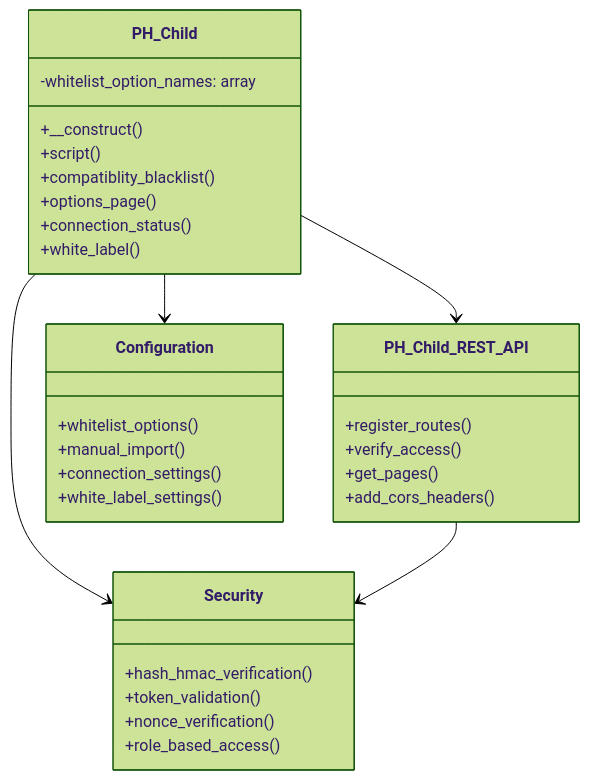
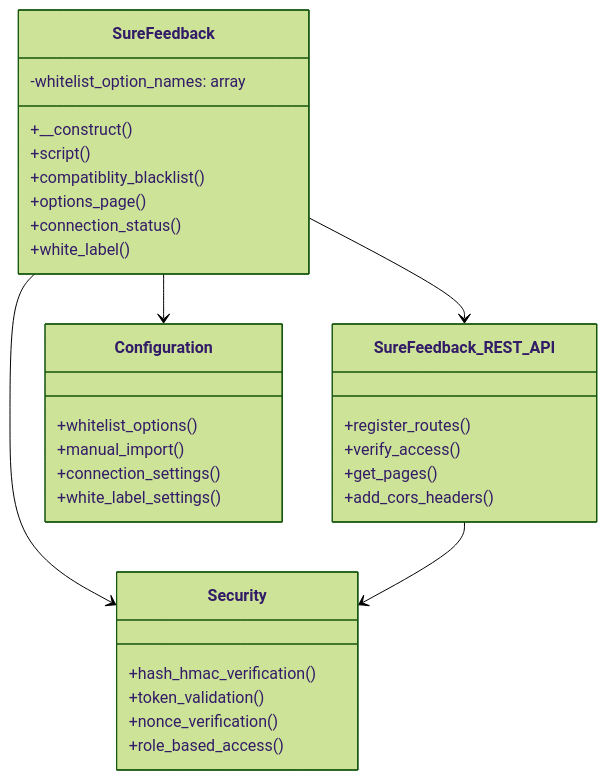
Before and after one commit to anuragbsf/surefeedback-plugin-public: the second of 13 diagrams in GithubCopilot.md, drawn with Mermaid (forest theme). The commit also changed other lines of this file and 39 other files, not shown here.

````diff
--- a/GithubCopilot.md
+++ b/GithubCopilot.md
@@ -72,38 +72,38 @@
 ```mermaid
 classDiagram
-    class PH_Child {
+    class SureFeedback {
         -whitelist_option_names: array
         +__construct()
         +script()
         +compatiblity_blacklist()
         +options_page()
         +connection_status()
         +white_label()
     }
     
-    class PH_Child_REST_API {
+    class SureFeedback_REST_API {
         +register_routes()
         +verify_access()
         +get_pages()
         +add_cors_headers()
     }
     
     class Security {
         +hash_hmac_verification()
         +token_validation()
         +nonce_verification()
         +role_based_access()
     }
     
     class Configuration {
         +whitelist_options()
         +manual_import()
         +connection_settings()
         +white_label_settings()
     }
     
-    PH_Child --> PH_Child_REST_API
-    PH_Child --> Security
-    PH_Child --> Configuration
-    PH_Child_REST_API --> Security
+    SureFeedback --> SureFeedback_REST_API
+    SureFeedback --> Security
+    SureFeedback --> Configuration
+    SureFeedback_REST_API --> Security
 ```
````
